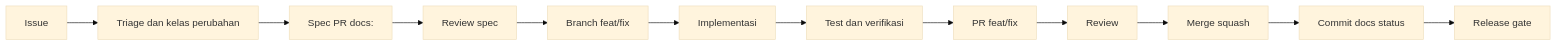
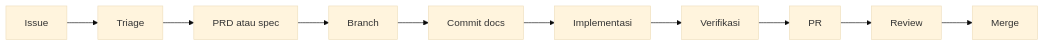
One commit to Reinvy/microapp-studio changed the diagram in docs/05-agents/workflow.md. Above: the diagram before and after it, drawn with Mermaid (base theme). The commit also changed other lines of this file and 30 other files, not shown here.

````diff
--- a/docs/05-agents/workflow.md
+++ b/docs/05-agents/workflow.md
@@ -24,14 +25,12 @@
 ```mermaid
 flowchart LR
-    A[Issue] --> B[Triage dan kelas perubahan]
-    B --> C[Spec PR docs:]
-    C --> D[Review spec]
-    D --> E[Branch feat/fix]
+    A[Issue] --> B[Triage]
+    B --> C[PRD atau spec]
+    C --> D[Branch]
+    D --> E[Commit docs]
     E --> F[Implementasi]
-    F --> G[Test dan verifikasi]
-    G --> H[PR feat/fix]
+    F --> G[Verifikasi]
+    G --> H[PR]
     H --> I[Review]
-    I --> J[Merge squash]
-    J --> K[Commit docs status]
-    K --> L[Release gate]
+    I --> J[Merge]
 ```
````
